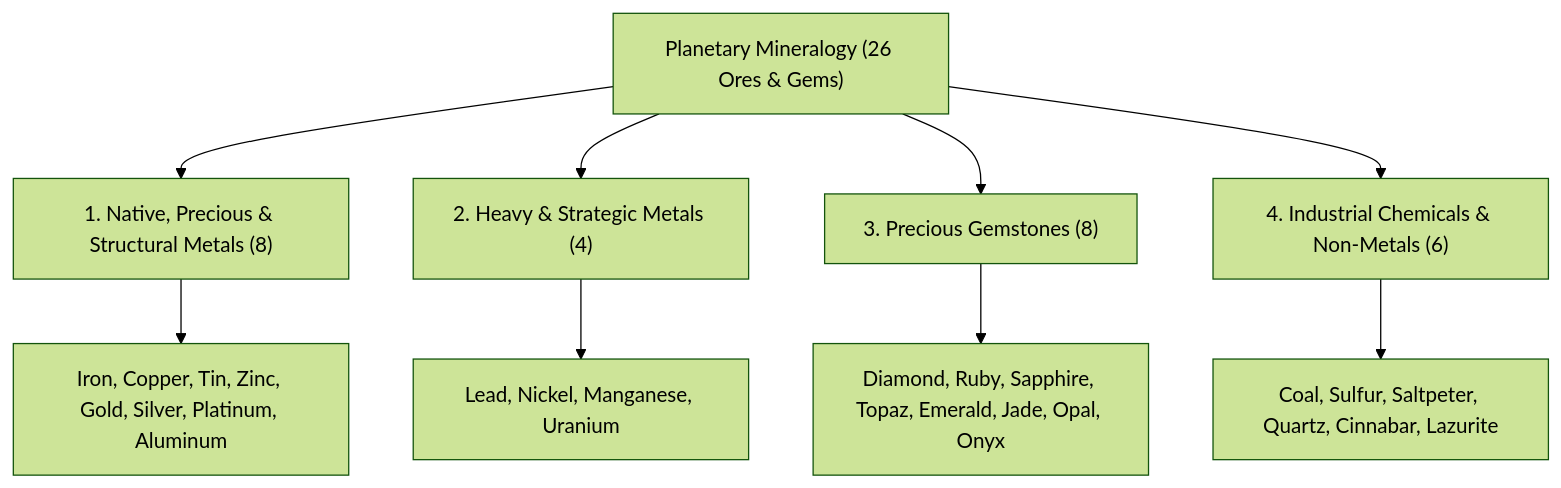
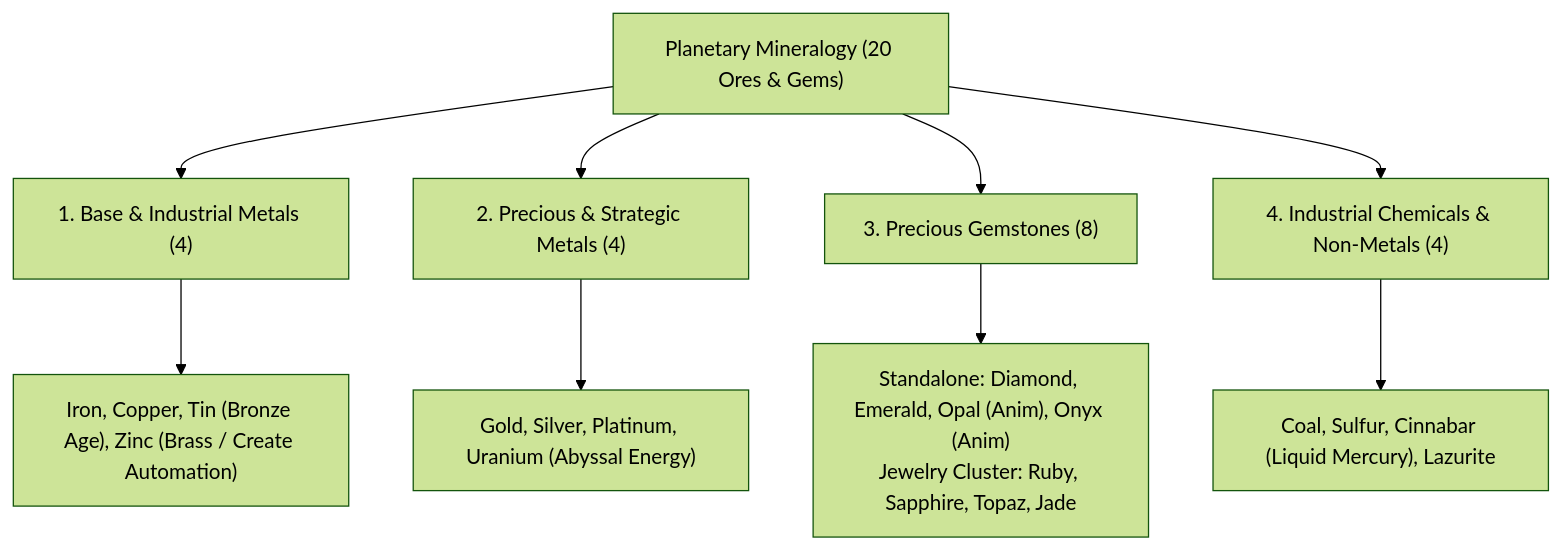
The diagram in docs/worldbuilding/blocks/ores_design.md (gabrtzweb/VoxelGameEngine), drawn with Mermaid (forest theme) before and after one commit. The commit also changed other lines of this file and 204 other files, not shown here.

````diff
--- a/docs/worldbuilding/blocks/ores_design.md
+++ b/docs/worldbuilding/blocks/ores_design.md
@@ -24,12 +24,12 @@
 ```mermaid
 graph TD
-    M["Planetary Mineralogy (26 Ores & Gems)"] --> D1["1. Native, Precious & Structural Metals (8)"]
-    M --> D2["2. Heavy & Strategic Metals (4)"]
+    M["Planetary Mineralogy (20 Ores & Gems)"] --> D1["1. Base & Industrial Metals (4)"]
+    M --> D2["2. Precious & Strategic Metals (4)"]
     M --> D3["3. Precious Gemstones (8)"]
-    M --> D4["4. Industrial Chemicals & Non-Metals (6)"]
+    M --> D4["4. Industrial Chemicals & Non-Metals (4)"]
 
-    D1 --> M1["Iron, Copper, Tin, Zinc, Gold, Silver, Platinum, Aluminum"]
-    D2 --> M2["Lead, Nickel, Manganese, Uranium"]
-    D3 --> M3["Diamond, Ruby, Sapphire, Topaz, Emerald, Jade, Opal, Onyx"]
-    D4 --> M4["Coal, Sulfur, Saltpeter, Quartz, Cinnabar, Lazurite"]
+    D1 --> M1["Iron, Copper, Tin (Bronze Age), Zinc (Brass / Create Automation)"]
+    D2 --> M2["Gold, Silver, Platinum, Uranium (Abyssal Energy)"]
+    D3 --> M3["Standalone: Diamond, Emerald, Opal (Anim), Onyx (Anim)<br>Jewelry Cluster: Ruby, Sapphire, Topaz, Jade"]
+    D4 --> M4["Coal, Sulfur, Cinnabar (Liquid Mercury), Lazurite"]
 ```
````
